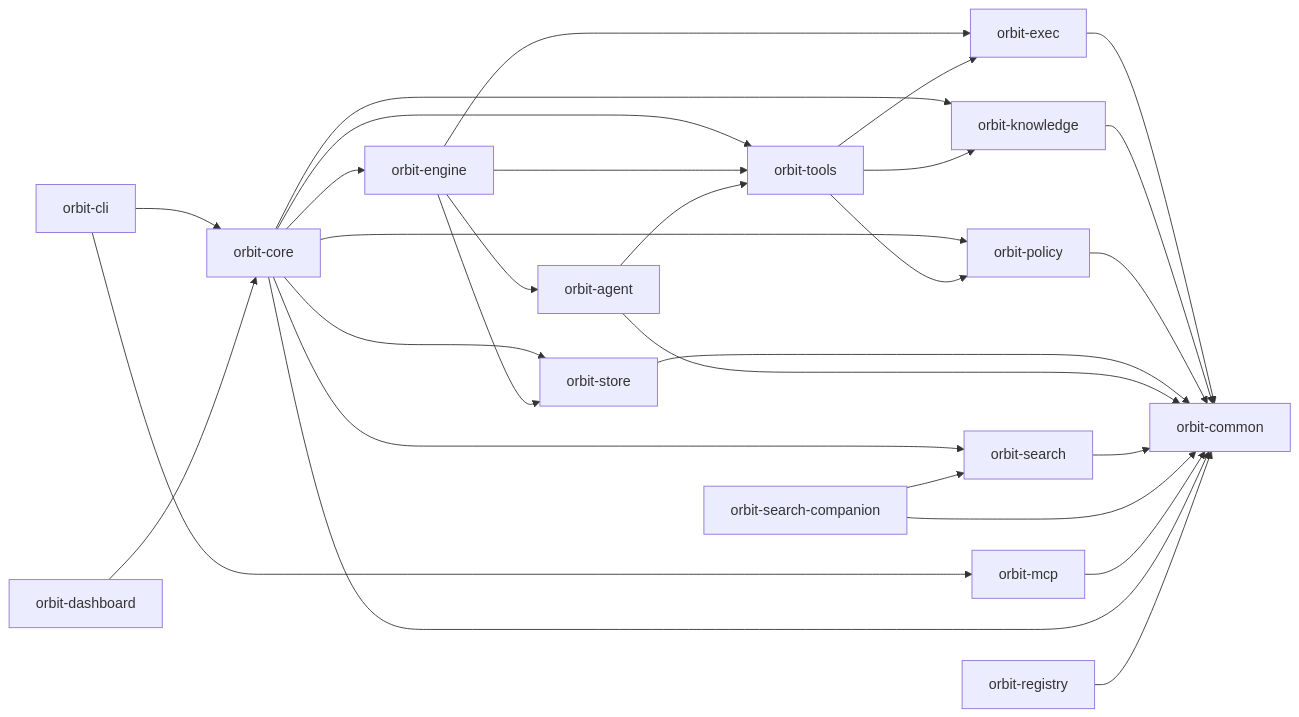
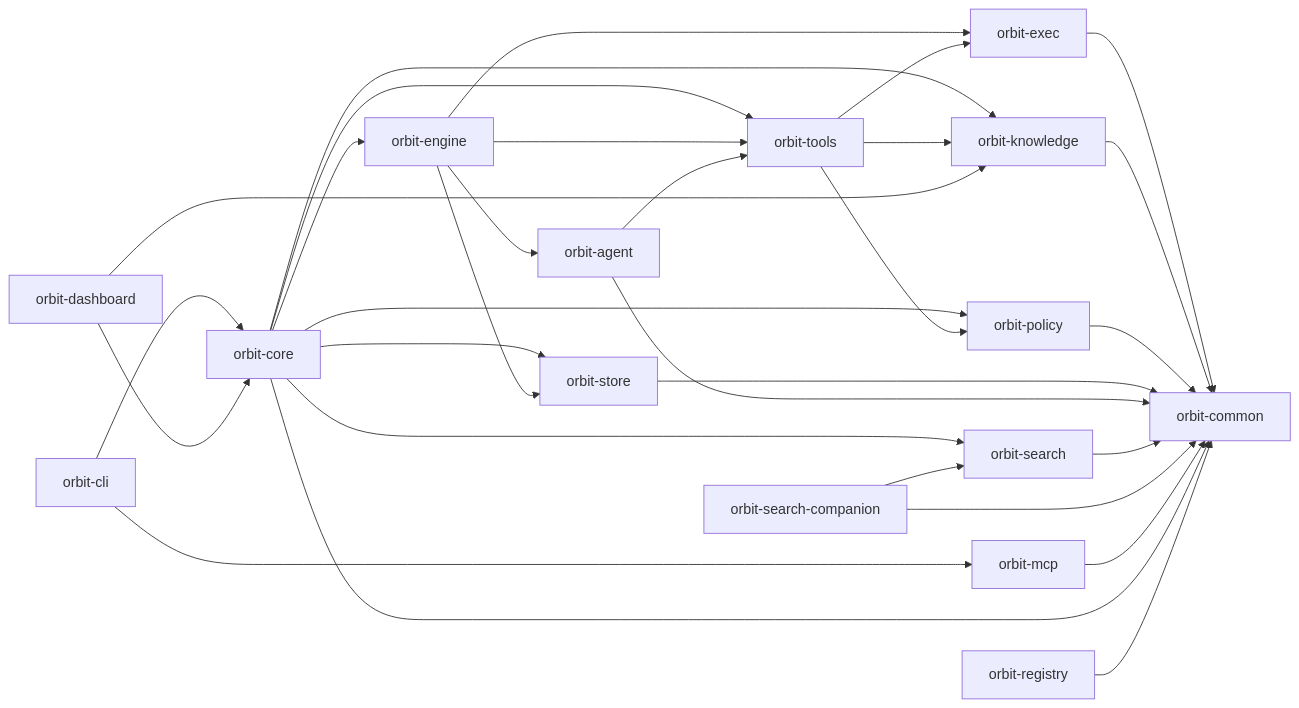
Before and after one commit to danieljhkim/orbit: the diagram in ARCHITECTURE.md, drawn with Mermaid. The commit also changed other lines of this file and 17 other files, not shown here.

````diff
--- a/ARCHITECTURE.md
+++ b/ARCHITECTURE.md
@@ -5,31 +5,32 @@
 ```mermaid
 flowchart LR
   CLI["orbit-cli"] --> Core["orbit-core"]
   CLI --> MCP["orbit-mcp"]
   Core --> Engine["orbit-engine"]
   Core --> Store["orbit-store"]
   Core --> Tools["orbit-tools"]
   Core --> Search["orbit-search"]
   Core --> Knowledge["orbit-knowledge"]
   Core --> Policy["orbit-policy"]
   Engine --> Agent["orbit-agent"]
   Engine --> Store
   Engine --> Exec["orbit-exec"]
   Engine --> Tools
   Agent --> Tools
   Tools --> Exec["orbit-exec"]
   Tools --> Knowledge
   Tools --> Policy
   Exec --> Common["orbit-common"]
   Knowledge --> Common
   Policy --> Common
   Store --> Common
   Agent --> Common
   Search --> Common
   SearchCompanion["orbit-search-companion"] --> Search
   SearchCompanion --> Common
   MCP --> Common
   Dashboard["orbit-dashboard"] --> Core
+  Dashboard --> Knowledge
   Core --> Common
   Registry["orbit-registry"] --> Common
 ```
````
